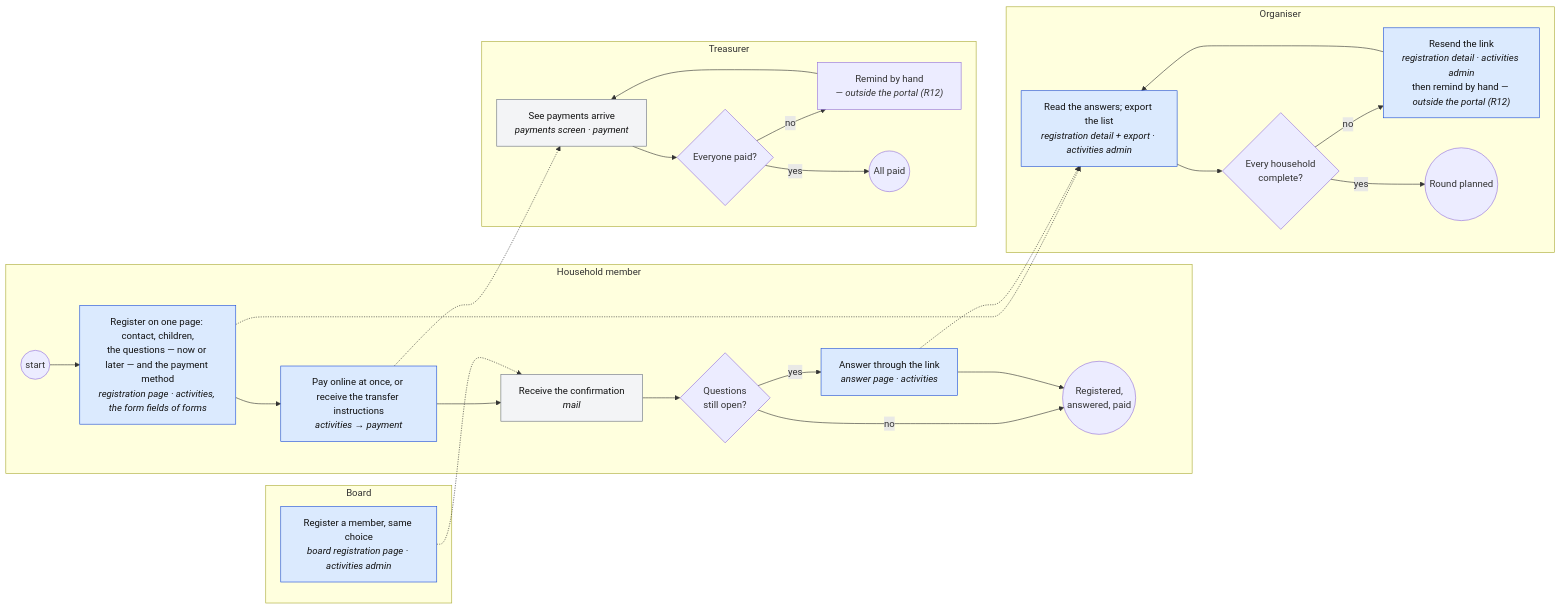
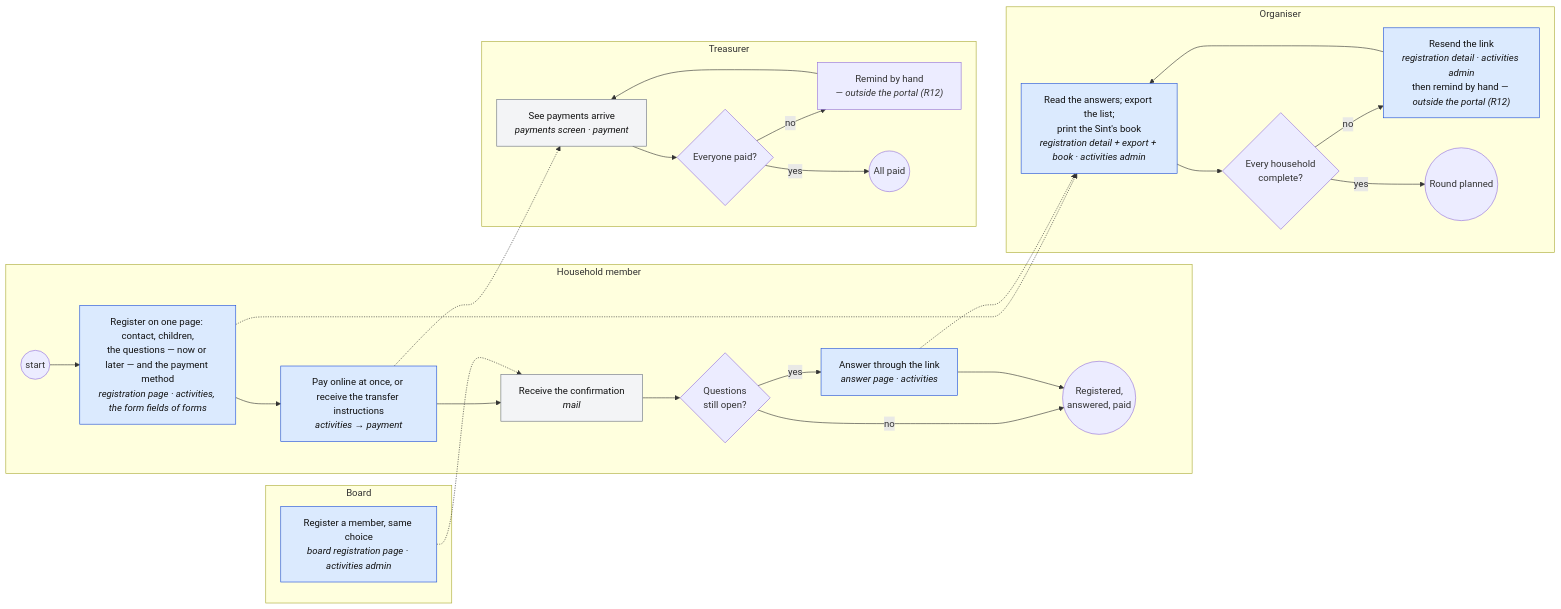
The fourth of 6 diagrams in docs/change_request_14_registration_questions.md (KoenRenders/KoenTest), drawn with Mermaid before and after one commit. The commit also changed other lines of this file, not shown here.

First line of the commit message:
docs(cr-14): the Sint's book — a print view per component, one block per registration with its answers (R14, F14, AC10, test 13; Q25 Must or Should); duplicate migration paragraph removed

````diff
--- a/docs/change_request_14_registration_questions.md
+++ b/docs/change_request_14_registration_questions.md
@@ -324,36 +327,36 @@
 ```mermaid
 flowchart LR
   subgraph member["Household member"]
     m0((start)) --> m1["Register on one page: contact, children,<br/>the questions — now or later — and the payment method<br/><i>registration page · activities, the form fields of forms</i>"]
     m1 --> m4["Pay online at once, or receive the transfer instructions<br/><i>activities → payment</i>"]
     m4 --> m5["Receive the confirmation<br/><i>mail</i>"]
     m5 --> m6{Questions<br/>still open?}
     m6 -- yes --> m7["Answer through the link<br/><i>answer page · activities</i>"]
     m6 -- no --> m8
     m7 --> m8((Registered,<br/>answered, paid))
   end
   subgraph board["Board"]
     b1["Register a member, same choice<br/><i>board registration page · activities admin</i>"]
   end
   subgraph treasurer["Treasurer"]
     t1["See payments arrive<br/><i>payments screen · payment</i>"] --> t2{Everyone paid?}
     t2 -- no --> t3["Remind by hand<br/><i>— outside the portal (R12)</i>"]
     t3 --> t1
     t2 -- yes --> t4((All paid))
   end
   subgraph organiser2["Organiser"]
-    o1["Read the answers; export the list<br/><i>registration detail + export · activities admin</i>"] --> o2{Every household<br/>complete?}
+    o1["Read the answers; export the list;<br/>print the Sint's book<br/><i>registration detail + export + book · activities admin</i>"] --> o2{Every household<br/>complete?}
     o2 -- no --> o3["Resend the link<br/><i>registration detail · activities admin</i><br/>then remind by hand <i>— outside the portal (R12)</i>"]
     o3 --> o1
     o2 -- yes --> o4((Round planned))
   end
   m4 -.-> t1
   b1 -.-> m5
   m1 -.-> o1
   m7 -.-> o1
   classDef act fill:#dbeafe,stroke:#1d4ed8,color:#111
   classDef frm fill:#dcfce7,stroke:#15803d,color:#111
   classDef oth fill:#f3f4f6,stroke:#6b7280,color:#111
   class m1,m4,m7,b1,o1,o3 act
   class m5,t1 oth
 ```
````
